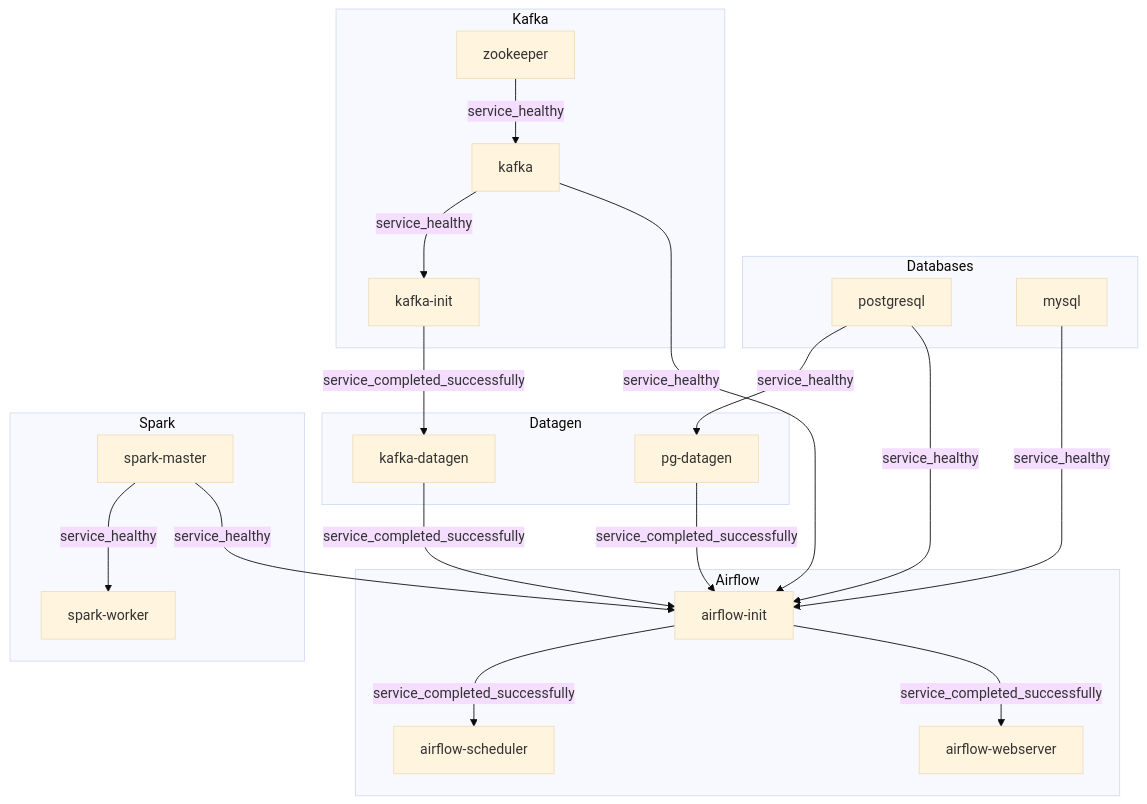
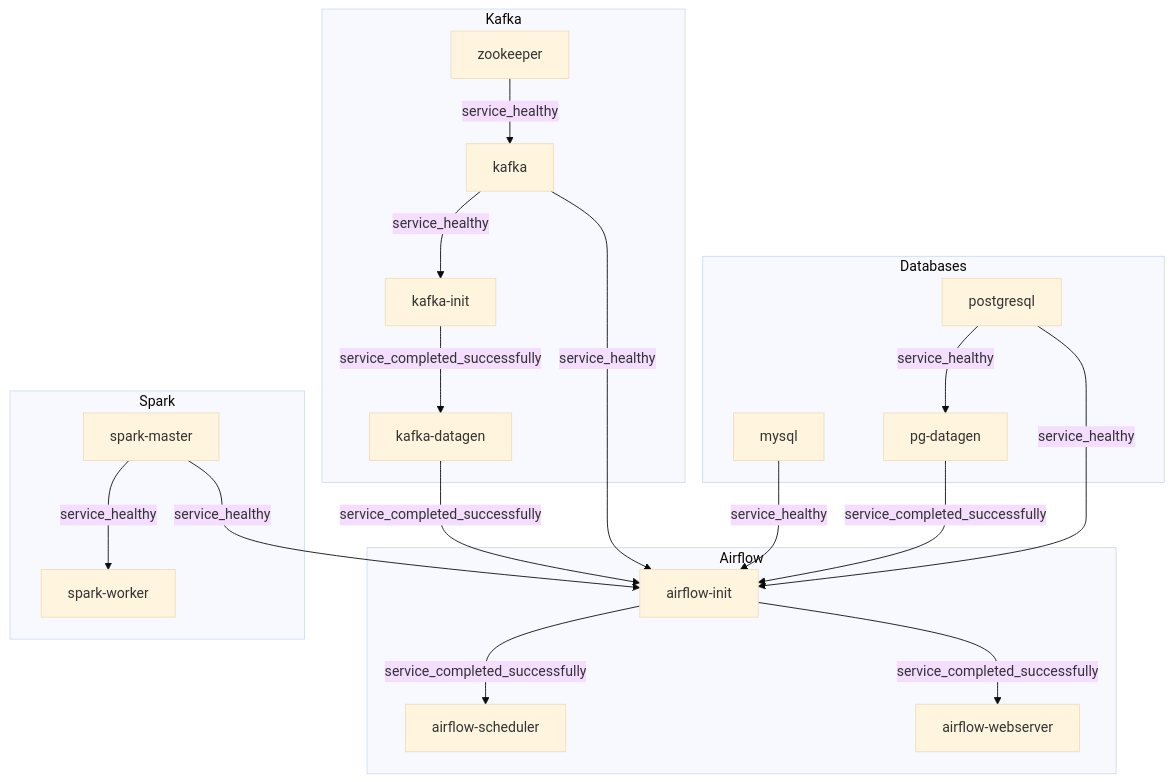
Before and after one commit to avshapoval/python_de_finals: the diagram in README.md, drawn with Mermaid (base theme).

````diff
--- a/README.md
+++ b/README.md
@@ -46,45 +46,42 @@
 ```mermaid
 graph TD
     PG[postgresql]
     MY[mysql]
     PGDG[pg-datagen]
     KDG[kafka-datagen]
     AI[airflow-init]
     AS[airflow-scheduler]
     AW[airflow-webserver]
     SM[spark-master]
     SW[spark-worker]
     ZK[zookeeper]
     KF[kafka]
     KI[kafka-init]
 
     subgraph Databases
         PG
         MY
+        PG -->|service_healthy| PGDG
     end
 
     subgraph Kafka
         ZK -->|service_healthy| KF
         KF -->|service_healthy| KI
-    end
-
-    subgraph Datagen
-        PG -->|service_healthy| PGDG
         KI -->|service_completed_successfully| KDG
     end
 
     subgraph Spark
         SM -->|service_healthy| SW
     end
 
     subgraph Airflow
         PG -->|service_healthy| AI
         MY -->|service_healthy| AI
         SM -->|service_healthy| AI
         KF -->|service_healthy| AI
         PGDG -->|service_completed_successfully| AI
         KDG -->|service_completed_successfully| AI
         AI -->|service_completed_successfully| AS
         AI -->|service_completed_successfully| AW
     end
 ```
````
